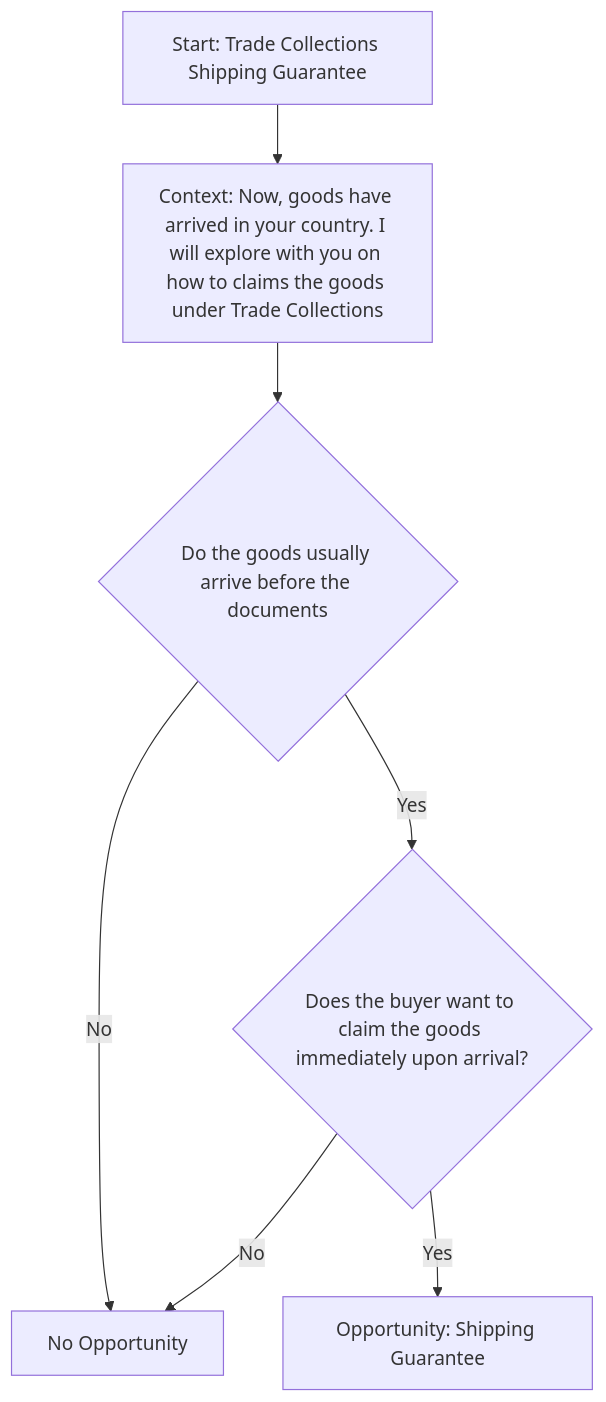
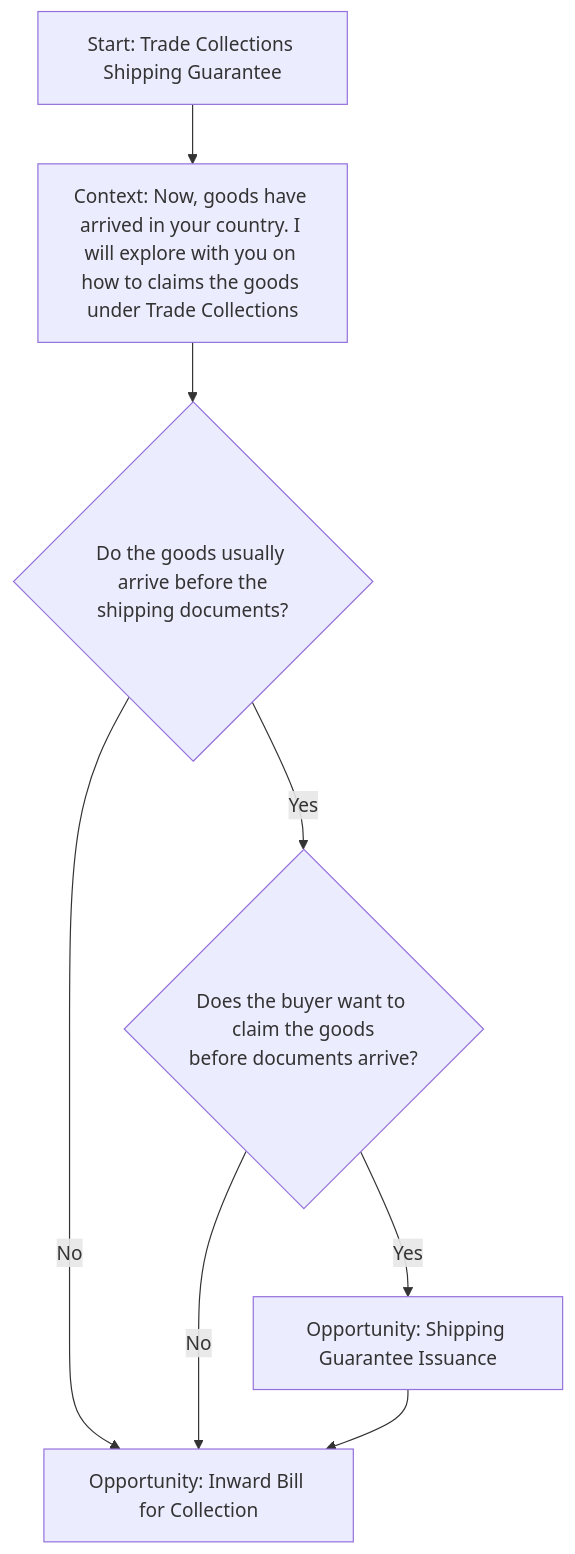
One commit to sage-develop/why changed the diagram in tvc_decision_trees/collection_decision_trees/shipping_guarantee_tree.md. Above: the diagram before and after it, drawn with Mermaid. The commit also changed other lines of this file, not shown here.

````diff
--- a/tvc_decision_trees/collection_decision_trees/shipping_guarantee_tree.md
+++ b/tvc_decision_trees/collection_decision_trees/shipping_guarantee_tree.md
@@ -10,10 +10,11 @@
 ```mermaid
 %% Trade Collections Shipping Guarantee
 flowchart TD
     Start[Start: Trade Collections Shipping Guarantee] --> A[Context: Now, goods have arrived in your country. I will explore with you on how to claims the goods under Trade Collections]
-    A --> B{Do the goods usually arrive before the documents}
-    B -->|No| C[No Opportunity]
-    B -->|Yes| D{Does the buyer want to claim the goods immediately upon arrival?}
-    D -->|No| C
-    D -->|Yes| E[Opportunity: Shipping Guarantee]
+    A --> B{"Do the goods usually arrive before the<br>shipping documents?"}
+    B -- No --> C["Opportunity: Inward Bill for Collection"]
+    B -- Yes --> D{"Does the buyer want to claim the goods<br>before documents arrive?"}
+    D -- Yes --> E["Opportunity: Shipping Guarantee Issuance"]
+    D -- No --> C
+    E --> C
 ```
````
